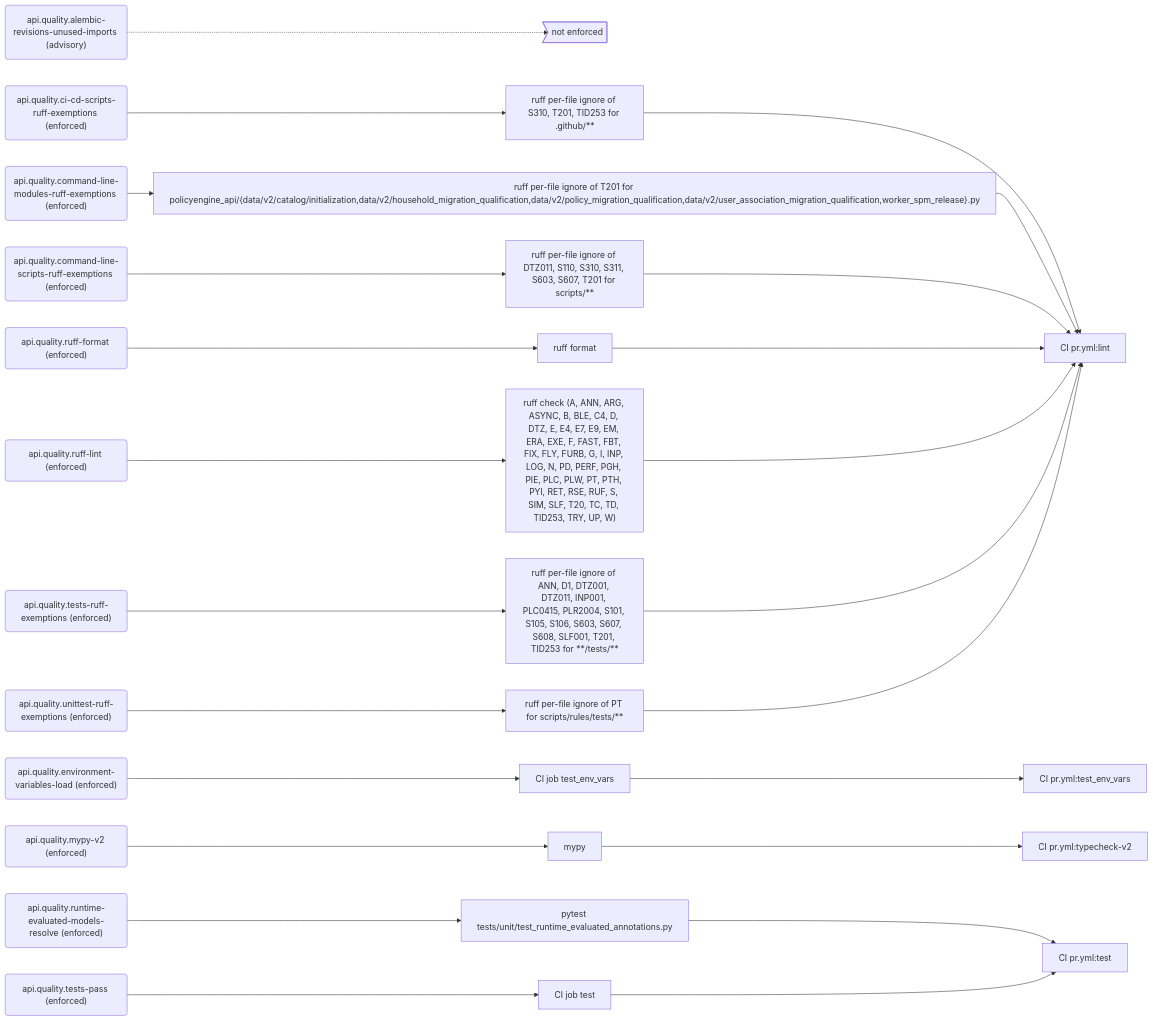
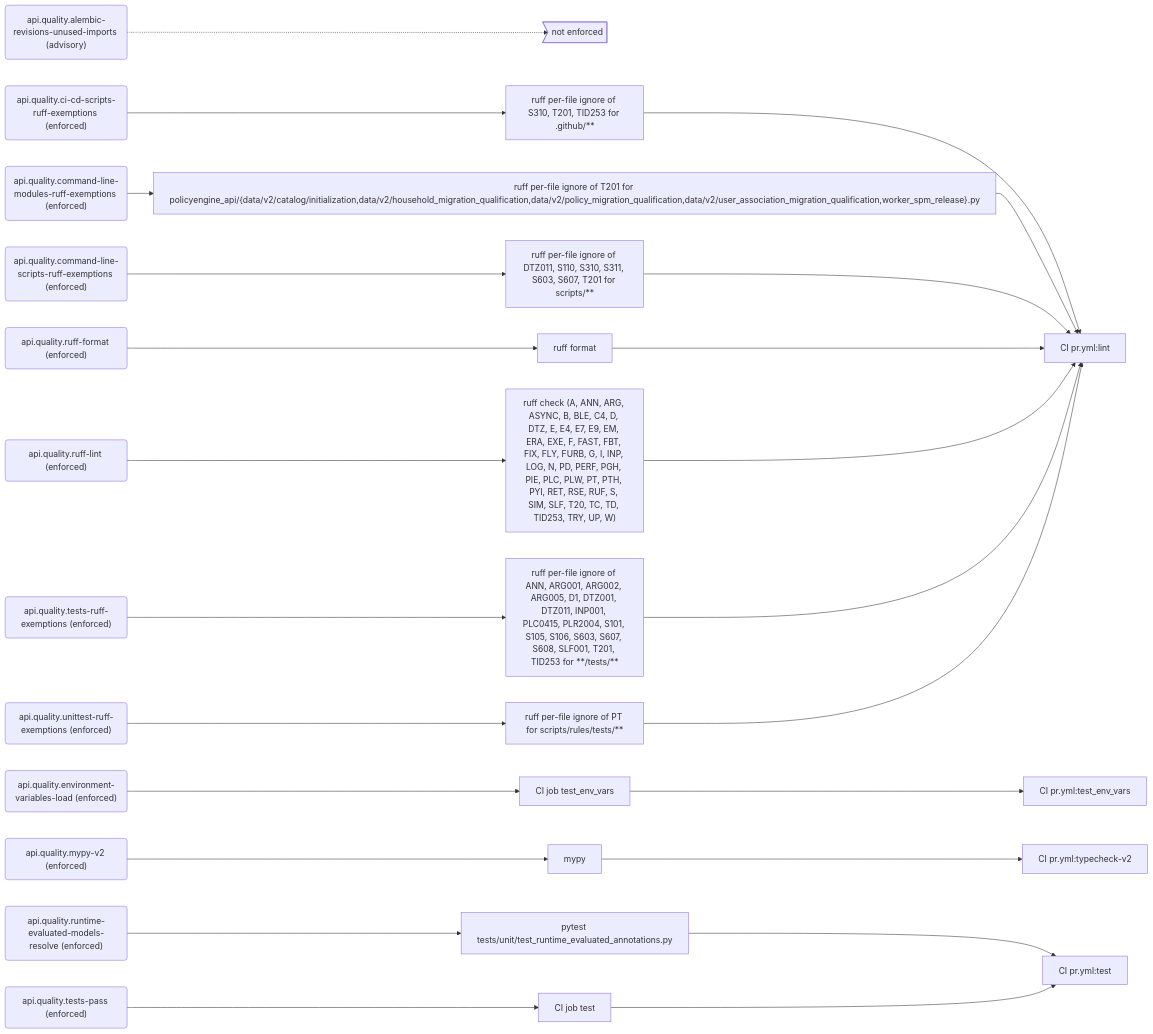
The sixth of 9 diagrams in docs/generated/rules.md (PolicyEngine/policyengine-api), drawn with Mermaid before and after one commit. The commit also changed other lines of this file and 19 other files, not shown here.

````diff
--- a/docs/generated/rules.md
+++ b/docs/generated/rules.md
@@ -284,54 +284,54 @@
 ```mermaid
 flowchart LR
   r_api_quality_alembic_revisions_unused_imports("api.quality.alembic-revisions-unused-imports (advisory)")
   gap_unenforced>"not enforced"]
   r_api_quality_ci_cd_scripts_ruff_exemptions("api.quality.ci-cd-scripts-ruff-exemptions (enforced)")
   e_ruff_per_file_ignore_of_S310__T201__TID253_for__github___["ruff per-file ignore of S310, T201, TID253 for .github/**"]
   j_CI_pr_yml_lint["CI pr.yml:lint"]
   r_api_quality_command_line_modules_ruff_exemptions("api.quality.command-line-modules-ruff-exemptions (enforced)")
   e_ruff_per_file_ignore_of_T201_for_policyengine_api__data_v2_catalog_initialization_data_v2_household_migration_qualification_data_v2_policy_migration_qualification_data_v2_user_association_migration_qualification_worker_spm_release__py["ruff per-file ignore of T201 for policyengine_api/{data/v2/catalog/initialization,data/v2/household_migration_qualification,data/v2/policy_migration_qualification,data/v2/user_association_migration_qualification,worker_spm_release}.py"]
   r_api_quality_command_line_scripts_ruff_exemptions("api.quality.command-line-scripts-ruff-exemptions (enforced)")
   e_ruff_per_file_ignore_of_DTZ011__S110__S310__S311__S603__S607__T201_for_scripts___["ruff per-file ignore of DTZ011, S110, S310, S311, S603, S607, T201 for scripts/**"]
   r_api_quality_environment_variables_load("api.quality.environment-variables-load (enforced)")
   e_CI_job_test_env_vars["CI job test_env_vars"]
   j_CI_pr_yml_test_env_vars["CI pr.yml:test_env_vars"]
   r_api_quality_mypy_v2("api.quality.mypy-v2 (enforced)")
   e_mypy["mypy"]
   j_CI_pr_yml_typecheck_v2["CI pr.yml:typecheck-v2"]
   r_api_quality_ruff_format("api.quality.ruff-format (enforced)")
   e_ruff_format["ruff format"]
   r_api_quality_ruff_lint("api.quality.ruff-lint (enforced)")
   e_ruff_check__A__ANN__ARG__ASYNC__B__BLE__C4__D__DTZ__E__E4__E7__E9__EM__ERA__EXE__F__FAST__FBT__FIX__FLY__FURB__G__I__INP__LOG__N__PD__PERF__PGH__PIE__PLC__PLW__PT__PTH__PYI__RET__RSE__RUF__S__SIM__SLF__T20__TC__TD__TID253__TRY__UP__W_["ruff check (A, ANN, ARG, ASYNC, B, BLE, C4, D, DTZ, E, E4, E7, E9, EM, ERA, EXE, F, FAST, FBT, FIX, FLY, FURB, G, I, INP, LOG, N, PD, PERF, PGH, PIE, PLC, PLW, PT, PTH, PYI, RET, RSE, RUF, S, SIM, SLF, T20, TC, TD, TID253, TRY, UP, W)"]
   r_api_quality_runtime_evaluated_models_resolve("api.quality.runtime-evaluated-models-resolve (enforced)")
   e_pytest_tests_unit_test_runtime_evaluated_annotations_py["pytest tests/unit/test_runtime_evaluated_annotations.py"]
   j_CI_pr_yml_test["CI pr.yml:test"]
   r_api_quality_tests_pass("api.quality.tests-pass (enforced)")
   e_CI_job_test["CI job test"]
   r_api_quality_tests_ruff_exemptions("api.quality.tests-ruff-exemptions (enforced)")
-  e_ruff_per_file_ignore_of_ANN__D1__DTZ001__DTZ011__INP001__PLC0415__PLR2004__S101__S105__S106__S603__S607__S608__SLF001__T201__TID253_for____tests___["ruff per-file ignore of ANN, D1, DTZ001, DTZ011, INP001, PLC0415, PLR2004, S101, S105, S106, S603, S607, S608, SLF001, T201, TID253 for **/tests/**"]
+  e_ruff_per_file_ignore_of_ANN__ARG001__ARG002__ARG005__D1__DTZ001__DTZ011__INP001__PLC0415__PLR2004__S101__S105__S106__S603__S607__S608__SLF001__T201__TID253_for____tests___["ruff per-file ignore of ANN, ARG001, ARG002, ARG005, D1, DTZ001, DTZ011, INP001, PLC0415, PLR2004, S101, S105, S106, S603, S607, S608, SLF001, T201, TID253 for **/tests/**"]
   r_api_quality_unittest_ruff_exemptions("api.quality.unittest-ruff-exemptions (enforced)")
   e_ruff_per_file_ignore_of_PT_for_scripts_rules_tests___["ruff per-file ignore of PT for scripts/rules/tests/**"]
   r_api_quality_alembic_revisions_unused_imports -.-> gap_unenforced
   r_api_quality_ci_cd_scripts_ruff_exemptions --> e_ruff_per_file_ignore_of_S310__T201__TID253_for__github___
   e_ruff_per_file_ignore_of_S310__T201__TID253_for__github___ --> j_CI_pr_yml_lint
   r_api_quality_command_line_modules_ruff_exemptions --> e_ruff_per_file_ignore_of_T201_for_policyengine_api__data_v2_catalog_initialization_data_v2_household_migration_qualification_data_v2_policy_migration_qualification_data_v2_user_association_migration_qualification_worker_spm_release__py
   e_ruff_per_file_ignore_of_T201_for_policyengine_api__data_v2_catalog_initialization_data_v2_household_migration_qualification_data_v2_policy_migration_qualification_data_v2_user_association_migration_qualification_worker_spm_release__py --> j_CI_pr_yml_lint
   r_api_quality_command_line_scripts_ruff_exemptions --> e_ruff_per_file_ignore_of_DTZ011__S110__S310__S311__S603__S607__T201_for_scripts___
   e_ruff_per_file_ignore_of_DTZ011__S110__S310__S311__S603__S607__T201_for_scripts___ --> j_CI_pr_yml_lint
   r_api_quality_environment_variables_load --> e_CI_job_test_env_vars
   e_CI_job_test_env_vars --> j_CI_pr_yml_test_env_vars
   r_api_quality_mypy_v2 --> e_mypy
   e_mypy --> j_CI_pr_yml_typecheck_v2
   r_api_quality_ruff_format --> e_ruff_format
   e_ruff_format --> j_CI_pr_yml_lint
   r_api_quality_ruff_lint --> e_ruff_check__A__ANN__ARG__ASYNC__B__BLE__C4__D__DTZ__E__E4__E7__E9__EM__ERA__EXE__F__FAST__FBT__FIX__FLY__FURB__G__I__INP__LOG__N__PD__PERF__PGH__PIE__PLC__PLW__PT__PTH__PYI__RET__RSE__RUF__S__SIM__SLF__T20__TC__TD__TID253__TRY__UP__W_
   e_ruff_check__A__ANN__ARG__ASYNC__B__BLE__C4__D__DTZ__E__E4__E7__E9__EM__ERA__EXE__F__FAST__FBT__FIX__FLY__FURB__G__I__INP__LOG__N__PD__PERF__PGH__PIE__PLC__PLW__PT__PTH__PYI__RET__RSE__RUF__S__SIM__SLF__T20__TC__TD__TID253__TRY__UP__W_ --> j_CI_pr_yml_lint
   r_api_quality_runtime_evaluated_models_resolve --> e_pytest_tests_unit_test_runtime_evaluated_annotations_py
   e_pytest_tests_unit_test_runtime_evaluated_annotations_py --> j_CI_pr_yml_test
   r_api_quality_tests_pass --> e_CI_job_test
   e_CI_job_test --> j_CI_pr_yml_test
-  r_api_quality_tests_ruff_exemptions --> e_ruff_per_file_ignore_of_ANN__D1__DTZ001__DTZ011__INP001__PLC0415__PLR2004__S101__S105__S106__S603__S607__S608__SLF001__T201__TID253_for____tests___
-  e_ruff_per_file_ignore_of_ANN__D1__DTZ001__DTZ011__INP001__PLC0415__PLR2004__S101__S105__S106__S603__S607__S608__SLF001__T201__TID253_for____tests___ --> j_CI_pr_yml_lint
+  r_api_quality_tests_ruff_exemptions --> e_ruff_per_file_ignore_of_ANN__ARG001__ARG002__ARG005__D1__DTZ001__DTZ011__INP001__PLC0415__PLR2004__S101__S105__S106__S603__S607__S608__SLF001__T201__TID253_for____tests___
+  e_ruff_per_file_ignore_of_ANN__ARG001__ARG002__ARG005__D1__DTZ001__DTZ011__INP001__PLC0415__PLR2004__S101__S105__S106__S603__S607__S608__SLF001__T201__TID253_for____tests___ --> j_CI_pr_yml_lint
   r_api_quality_unittest_ruff_exemptions --> e_ruff_per_file_ignore_of_PT_for_scripts_rules_tests___
   e_ruff_per_file_ignore_of_PT_for_scripts_rules_tests___ --> j_CI_pr_yml_lint
 ```
````
